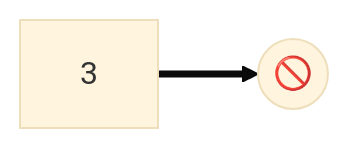
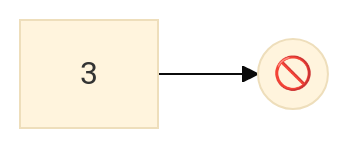
The third of 13 diagrams in _posts/2026-02-15-nuralagus-rex.md (raganwald/raganwald.github.com), drawn with Mermaid (base theme) before and after one commit. The commit also changed other lines of this file, not shown here.

```diff
--- a/_posts/2026-02-15-nuralagus-rex.md
+++ b/_posts/2026-02-15-nuralagus-rex.md
@@ -42,7 +42,7 @@
 <div class="mermaid">
   graph LR
     d["3"]
     Empty(("🚫"))
 
-    d==>Empty
+    d-->Empty
 </div>
```
